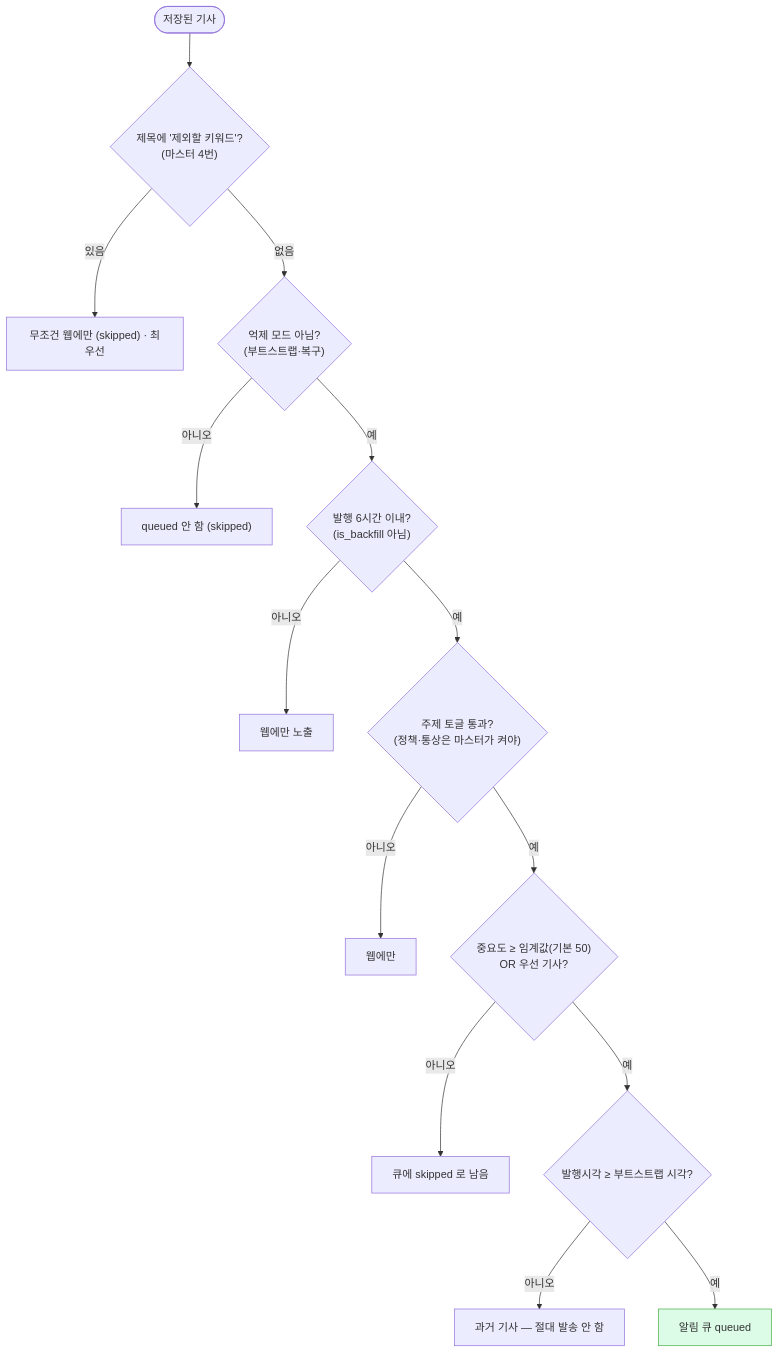
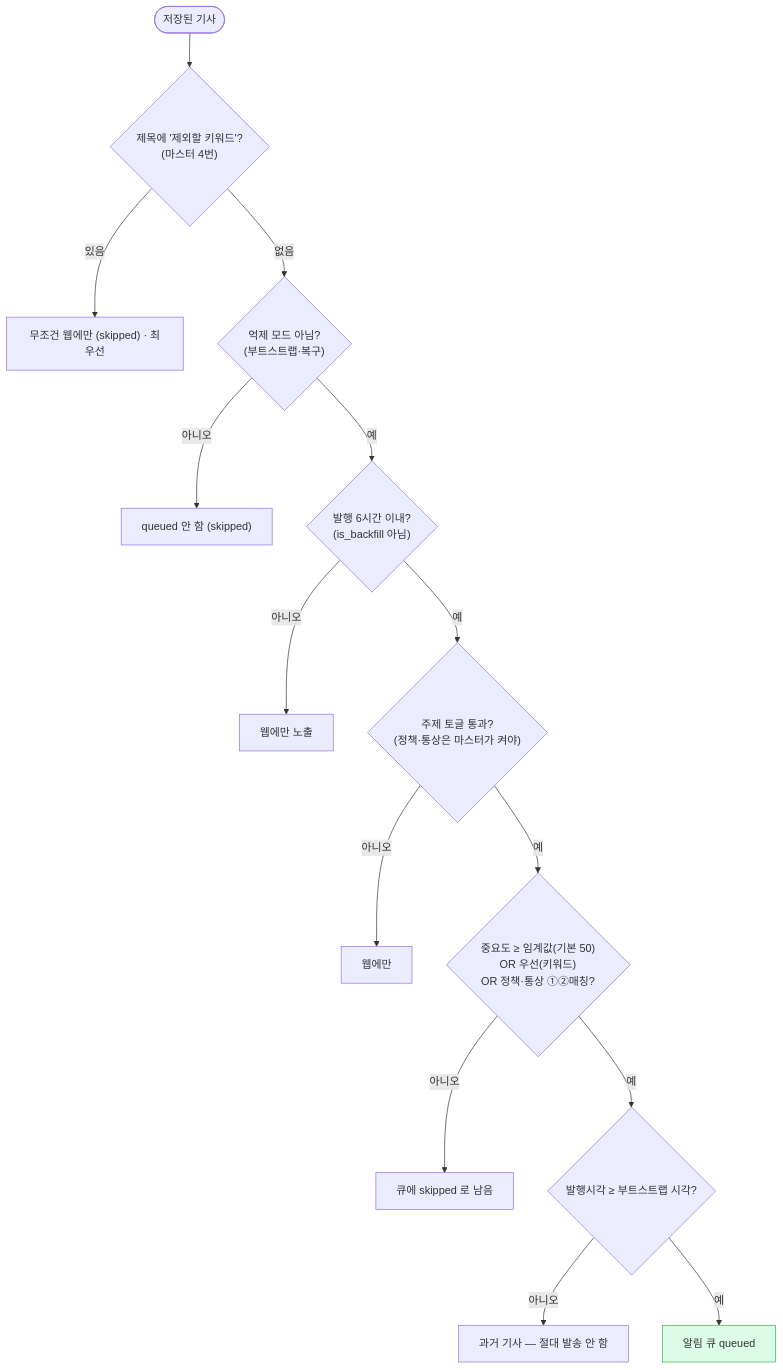
One commit to taehyun108/P-FM_NEWS changed the third of 7 diagrams in docs/FLOW.md. Above: the diagram before and after it, drawn with Mermaid. The commit also changed other lines of this file and 2 other files, not shown here.

First line of the commit message:
feat(notify): 정책·통상 주제는 ①②키워드 매칭이면 임계값 우회 발송

````diff
--- a/docs/FLOW.md
+++ b/docs/FLOW.md
@@ -84,19 +84,19 @@
 ```mermaid
 flowchart TB
     A(["저장된 기사"]) --> X{"제목에 '제외할 키워드'?\n(마스터 4번)"}
     X -->|있음| SKIP0["무조건 웹에만 (skipped) · 최우선"]
     X -->|없음| B{"억제 모드 아님?\n(부트스트랩·복구)"}
     B -->|아니오| SKIP1["queued 안 함 (skipped)"]
     B -->|예| C{"발행 6시간 이내?\n(is_backfill 아님)"}
     C -->|아니오| SKIP2["웹에만 노출"]
     C -->|예| D{"주제 토글 통과?\n(정책·통상은 마스터가 켜야)"}
     D -->|아니오| SKIP3["웹에만"]
-    D -->|예| E{"중요도 ≥ 임계값(기본 50)\nOR 우선 기사?"}
+    D -->|예| E{"중요도 ≥ 임계값(기본 50)\nOR 우선(키워드)\nOR 정책·통상 ①②매칭?"}
     E -->|아니오| SKIP4["큐에 skipped 로 남음"]
     E -->|예| F{"발행시각 ≥ 부트스트랩 시각?"}
     F -->|아니오| SKIP5["과거 기사 — 절대 발송 안 함"]
     F -->|예| Q["알림 큐 queued"]
 
     classDef q fill:#dcfce7,stroke:#4a4
     class Q q
 ```
````
